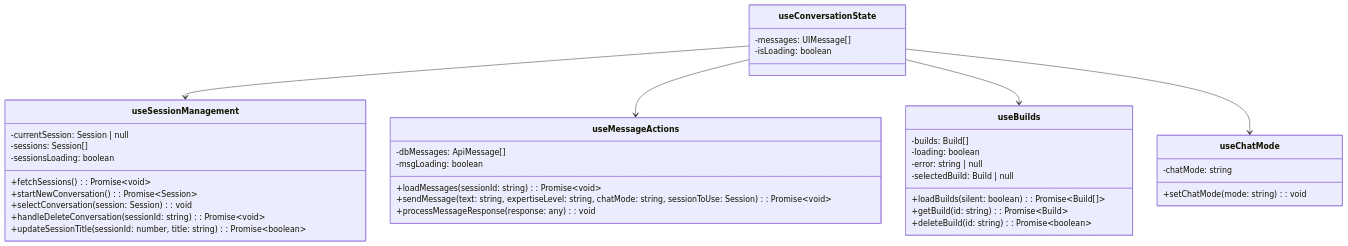
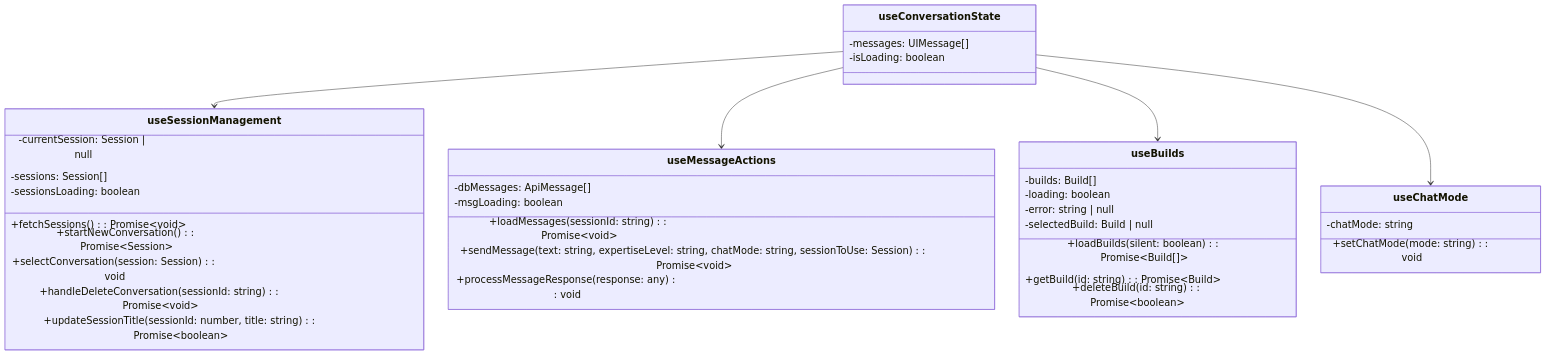
The seventh of 19 diagrams in docs/design-specification.md (p0pular131/askspec-chat-assistant), drawn with Mermaid before and after one commit.

Commit message:
수정2

````diff
--- a/docs/design-specification.md
+++ b/docs/design-specification.md
@@ -409,46 +409,47 @@
 ```mermaid
+%%{ init: { 'class': { 'defaultLayoutDirection': 'TB' }, 'themeVariables': { 'fontSize': '20px' } } }%%
 classDiagram
     class useConversationState {
         -messages: UIMessage[]
         -isLoading: boolean
     }
 
     class useSessionManagement {
         -currentSession: Session | null
         -sessions: Session[]
         -sessionsLoading: boolean
         +fetchSessions(): Promise~void~
         +startNewConversation(): Promise~Session~
         +selectConversation(session: Session): void
         +handleDeleteConversation(sessionId: string): Promise~void~
         +updateSessionTitle(sessionId: number, title: string): Promise~boolean~
     }
 
     class useMessageActions {
         -dbMessages: ApiMessage[]
         -msgLoading: boolean
         +loadMessages(sessionId: string): Promise~void~
         +sendMessage(text: string, expertiseLevel: string, chatMode: string, sessionToUse: Session): Promise~void~
         +processMessageResponse(response: any): void
     }
 
     class useBuilds {
         -builds: Build[]
         -loading: boolean
         -error: string | null
         -selectedBuild: Build | null
         +loadBuilds(silent: boolean): Promise~Build[]~
         +getBuild(id: string): Promise~Build~
         +deleteBuild(id: string): Promise~boolean~
     }
 
     class useChatMode {
         -chatMode: string
         +setChatMode(mode: string): void
     }
 
     useConversationState --> useSessionManagement
     useConversationState --> useMessageActions
     useConversationState --> useBuilds
     useConversationState --> useChatMode
 ```
````
